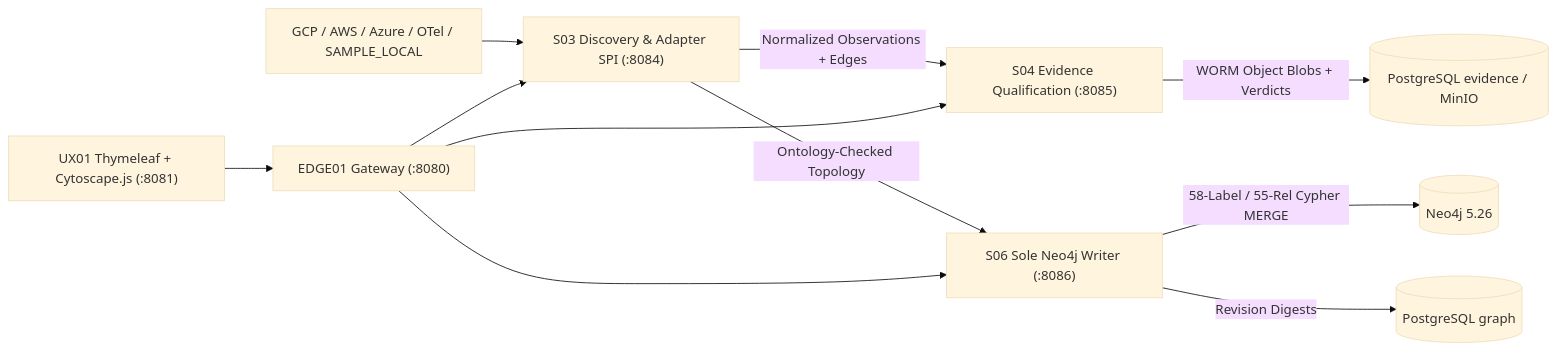
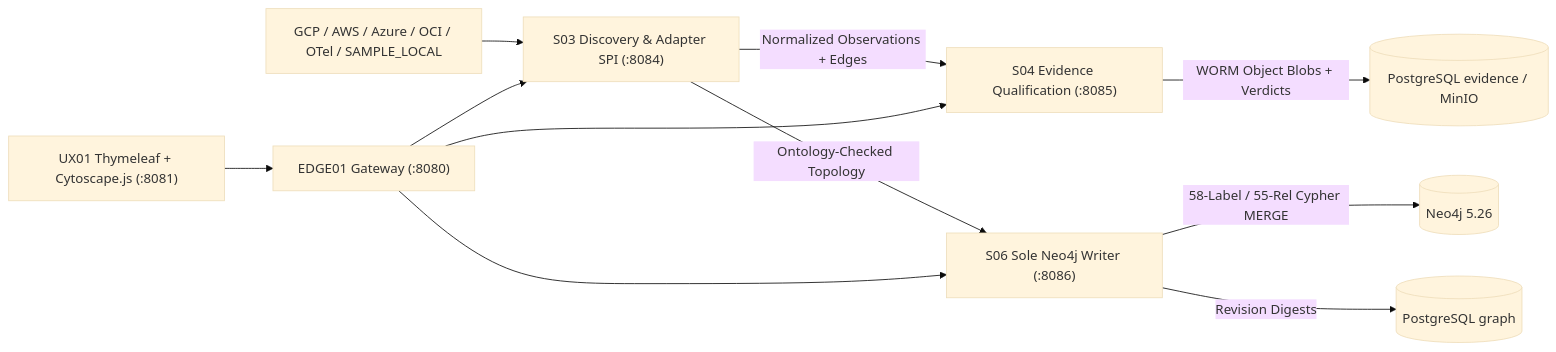
The first of 4 diagrams in docs/flows/M2_EVIDENCE_AND_GRAPH_FLOWS.md (fenoch4real/uacrf-unified-adaptive-cloud-resilience-framework), drawn with Mermaid (base theme) before and after one commit. The commit also changed 11 other files, not shown here.

Commit message:
docs(multicloud): include OCI alongside GCP, AWS, and Azure across architecture, infra, diagrams, and discovery seed

````diff
--- a/docs/flows/M2_EVIDENCE_AND_GRAPH_FLOWS.md
+++ b/docs/flows/M2_EVIDENCE_AND_GRAPH_FLOWS.md
@@ -5,13 +5,13 @@
 ```mermaid
 flowchart LR
-    Clouds["GCP / AWS / Azure / OTel / SAMPLE_LOCAL"] --> S03["S03 Discovery & Adapter SPI (:8084)"]
+    Clouds["GCP / AWS / Azure / OCI / OTel / SAMPLE_LOCAL"] --> S03["S03 Discovery & Adapter SPI (:8084)"]
     S03 -->|"Normalized Observations + Edges"| S04["S04 Evidence Qualification (:8085)"]
     S03 -->|"Ontology-Checked Topology"| S06["S06 Sole Neo4j Writer (:8086)"]
     S04 -->|"WORM Object Blobs + Verdicts"| PG_EV[("PostgreSQL evidence / MinIO")]
     S06 -->|"58-Label / 55-Rel Cypher MERGE"| NEO4J[("Neo4j 5.26")]
     S06 -->|"Revision Digests"| PG_GR[("PostgreSQL graph")]
     UX01["UX01 Thymeleaf + Cytoscape.js (:8081)"] --> EDGE01["EDGE01 Gateway (:8080)"]
     EDGE01 --> S03
     EDGE01 --> S04
     EDGE01 --> S06
 ```
````
